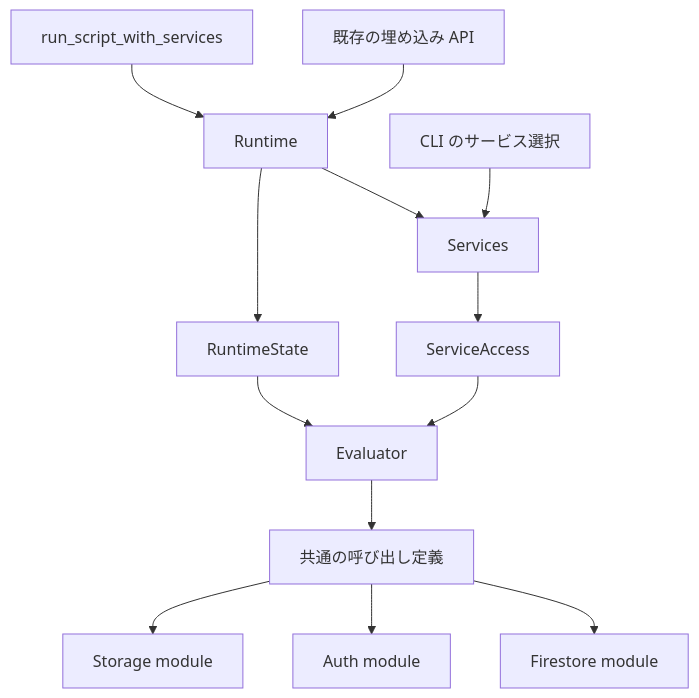
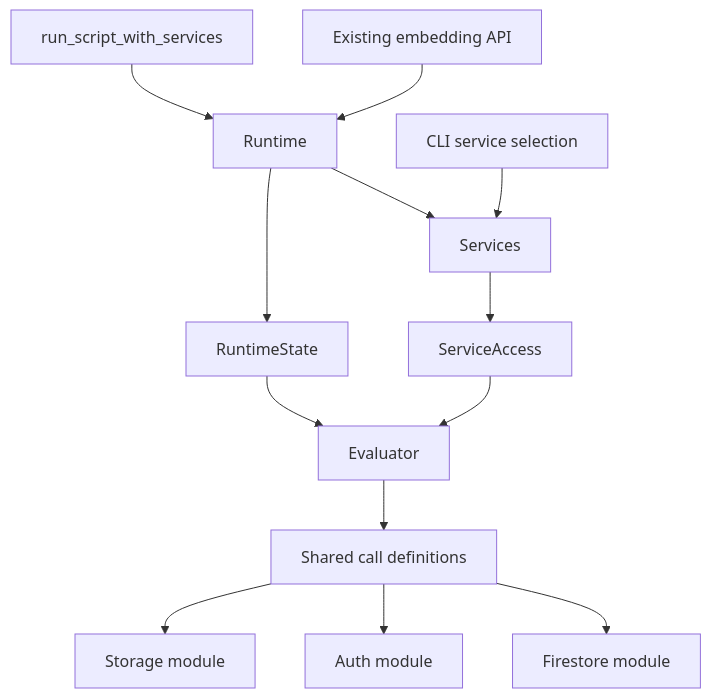
One commit to hirokazumiyaji/flare changed the diagram in docs/design/firebase-services-and-modules.md. Above: the diagram before and after it, drawn with Mermaid. The commit also changed other lines of this file and 41 other files, not shown here.

````diff
--- a/docs/design/firebase-services-and-modules.md
+++ b/docs/design/firebase-services-and-modules.md
@@ -89,15 +71,15 @@
 ```mermaid
 flowchart TD
-    Old[既存の埋め込み API] --> Runtime
+    Old[Existing embedding API] --> Runtime
     New[run_script_with_services] --> Runtime
-    CLI[CLI のサービス選択] --> Services
+    CLI[CLI service selection] --> Services
     Runtime --> Services
     Runtime --> State[RuntimeState]
     Services --> Access[ServiceAccess]
     State --> Eval[Evaluator]
     Access --> Eval
-    Eval --> Dispatch[共通の呼び出し定義]
+    Eval --> Dispatch[Shared call definitions]
     Dispatch --> FM[Firestore module]
     Dispatch --> AM[Auth module]
     Dispatch --> SM[Storage module]
 ```
````
